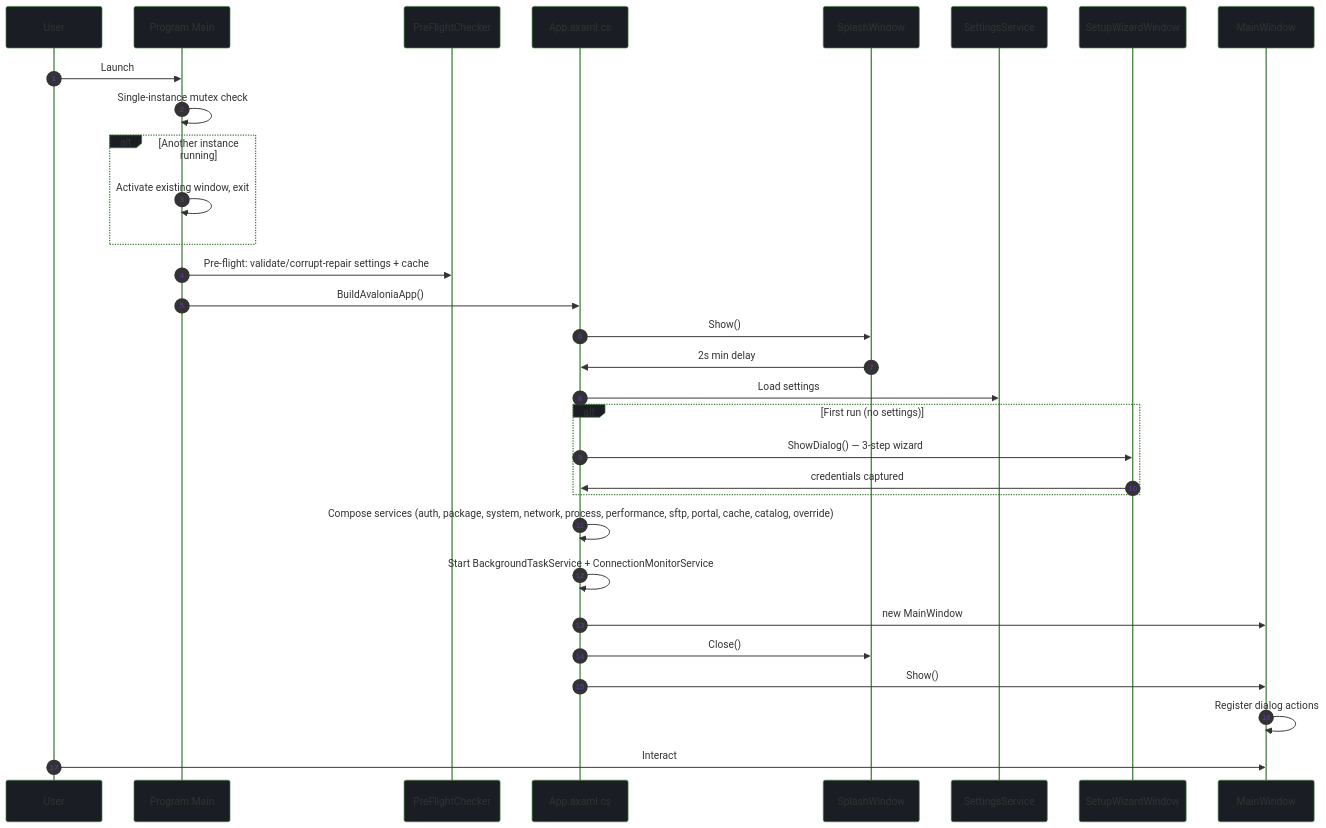
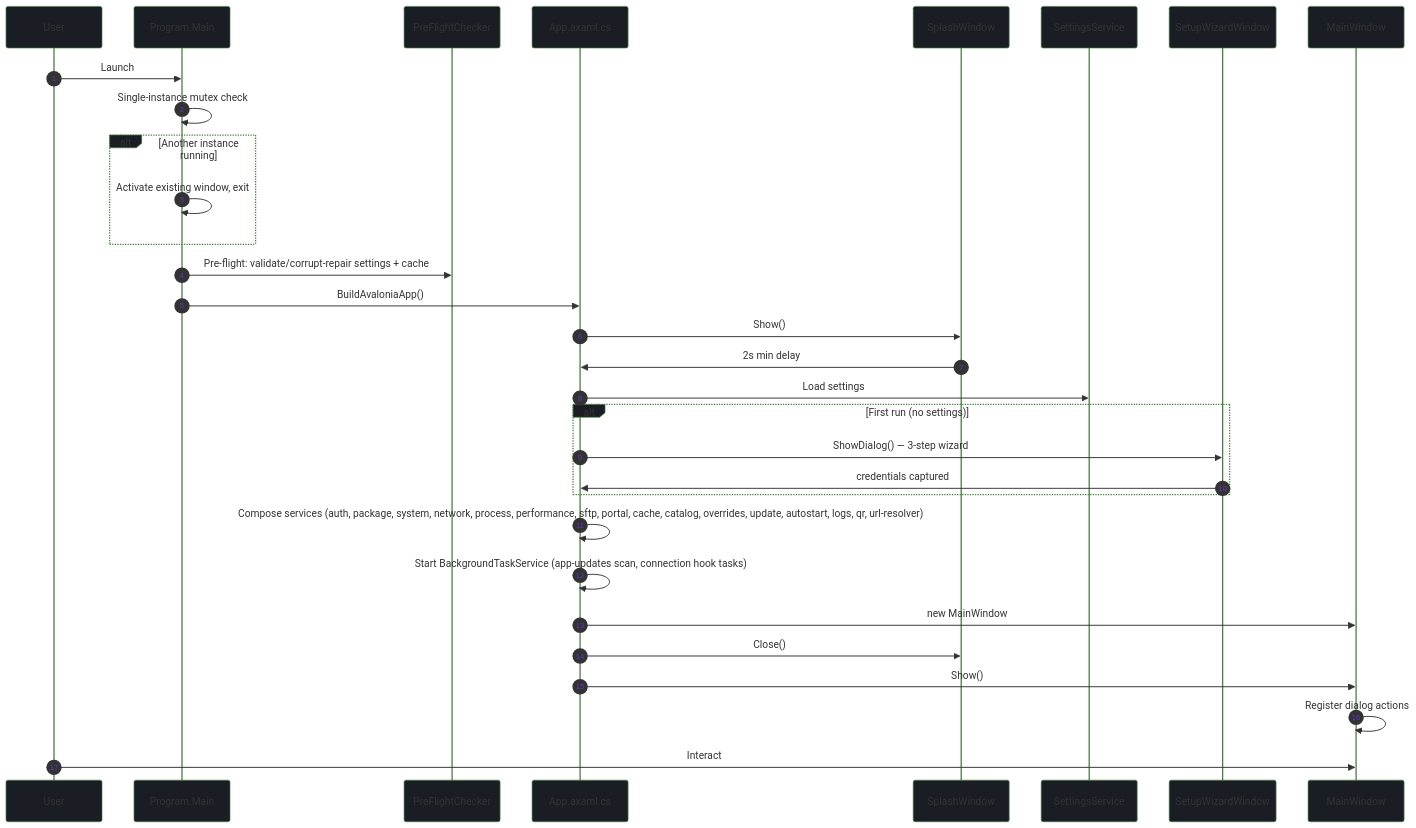
Before and after one commit to marcelofrau/xb-homebrew-vault: the third of 6 diagrams in docs/architecture.md, drawn with Mermaid. The commit also changed other lines of this file and 20 other files, not shown here.

````diff
--- a/docs/architecture.md
+++ b/docs/architecture.md
@@ -159,35 +168,35 @@
 ```mermaid
 %%{init: {'theme': 'base', 'themeVariables': { 'primaryColor': '#1A1D23', 'primaryBorderColor': '#447F3E', 'lineColor': '#9ACA3C', 'secondBkgColor': '#2A2D33', 'tertiaryColor': '#447F3E'}}}%%
 sequenceDiagram
     autonumber
     participant User
     participant Main as Program.Main
     participant PF as PreFlightChecker
     participant App as App.axaml.cs
     participant Splash as SplashWindow
     participant SSvc as SettingsService
     participant Setup as SetupWizardWindow
     participant MainW as MainWindow
 
     User->>Main: Launch
     Main->>Main: Single-instance mutex check
     alt Another instance running
         Main->>Main: Activate existing window, exit
     end
     Main->>PF: Pre-flight: validate/corrupt-repair settings + cache
     Main->>App: BuildAvaloniaApp()
     App->>Splash: Show()
     Splash->>App: 2s min delay
     App->>SSvc: Load settings
     alt First run (no settings)
         App->>Setup: ShowDialog() — 3-step wizard
         Setup->>App: credentials captured
     end
-    App->>App: Compose services (auth, package, system, network, process, performance, sftp, portal, cache, catalog, override)
-    App->>App: Start BackgroundTaskService + ConnectionMonitorService
+    App->>App: Compose services (auth, package, system, network, process, performance, sftp, portal, cache, catalog, overrides, update, autostart, logs, qr, url-resolver)
+    App->>App: Start BackgroundTaskService (app-updates scan, connection hook tasks)
     App->>MainW: new MainWindow
     App->>Splash: Close()
     App->>MainW: Show()
     MainW->>MainW: Register dialog actions
     User->>MainW: Interact
 ```
````
